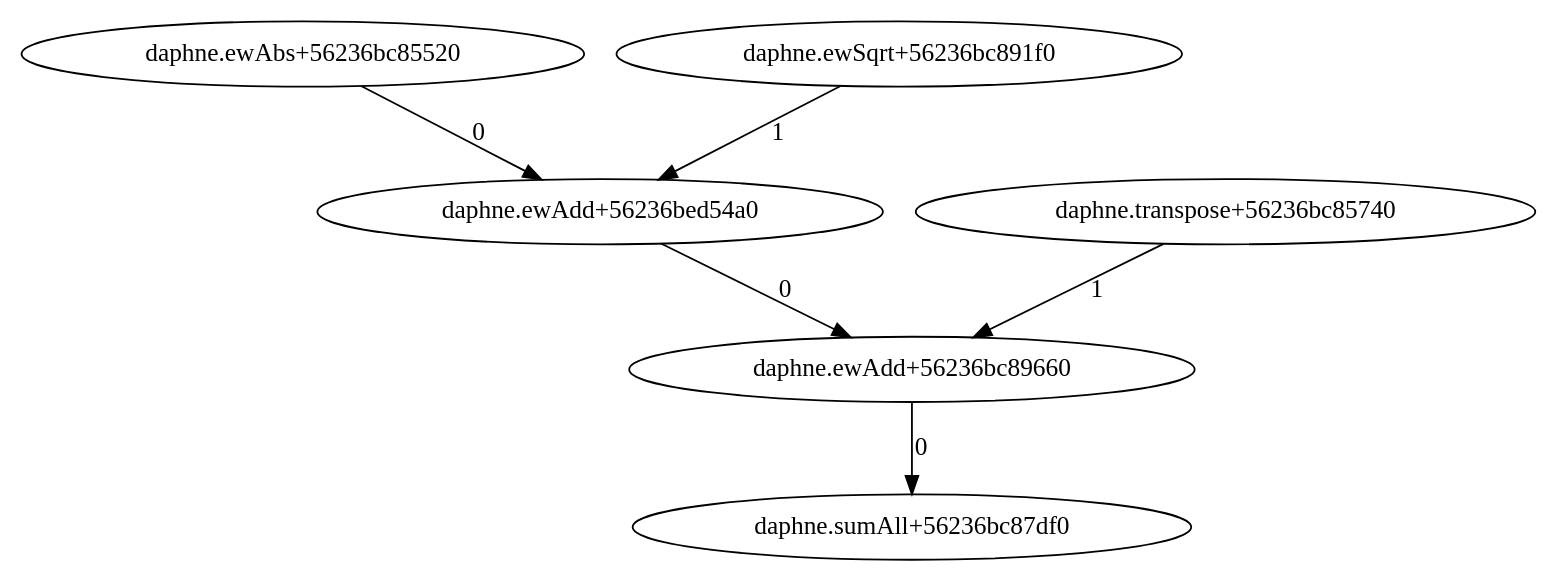
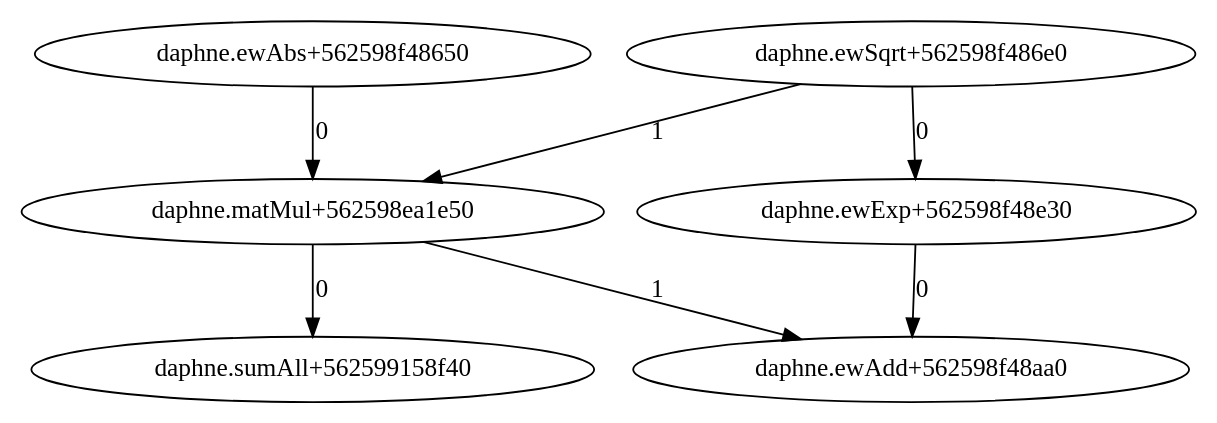
One commit to sweetpellegrino/daphne changed the diagram in graph.dot. Above: the diagram before and after it, drawn with Graphviz. The commit also changed 1 other file, not shown here.

```diff
--- a/graph.dot
+++ b/graph.dot
@@ -1,7 +1,8 @@
 digraph G {
-"daphne.ewAdd+56236bc89660" -> "daphne.sumAll+56236bc87df0" [label="0"];
-"daphne.ewAdd+56236bed54a0" -> "daphne.ewAdd+56236bc89660" [label="0"];
-"daphne.transpose+56236bc85740" -> "daphne.ewAdd+56236bc89660" [label="1"];
-"daphne.ewAbs+56236bc85520" -> "daphne.ewAdd+56236bed54a0" [label="0"];
-"daphne.ewSqrt+56236bc891f0" -> "daphne.ewAdd+56236bed54a0" [label="1"];
+"daphne.ewExp+562598f48e30" -> "daphne.ewAdd+562598f48aa0" [label="0"];
+"daphne.matMul+562598ea1e50" -> "daphne.ewAdd+562598f48aa0" [label="1"];
+"daphne.ewAbs+562598f48650" -> "daphne.matMul+562598ea1e50" [label="0"];
+"daphne.ewSqrt+562598f486e0" -> "daphne.matMul+562598ea1e50" [label="1"];
+"daphne.ewSqrt+562598f486e0" -> "daphne.ewExp+562598f48e30" [label="0"];
+"daphne.matMul+562598ea1e50" -> "daphne.sumAll+562599158f40" [label="0"];
 }
```
